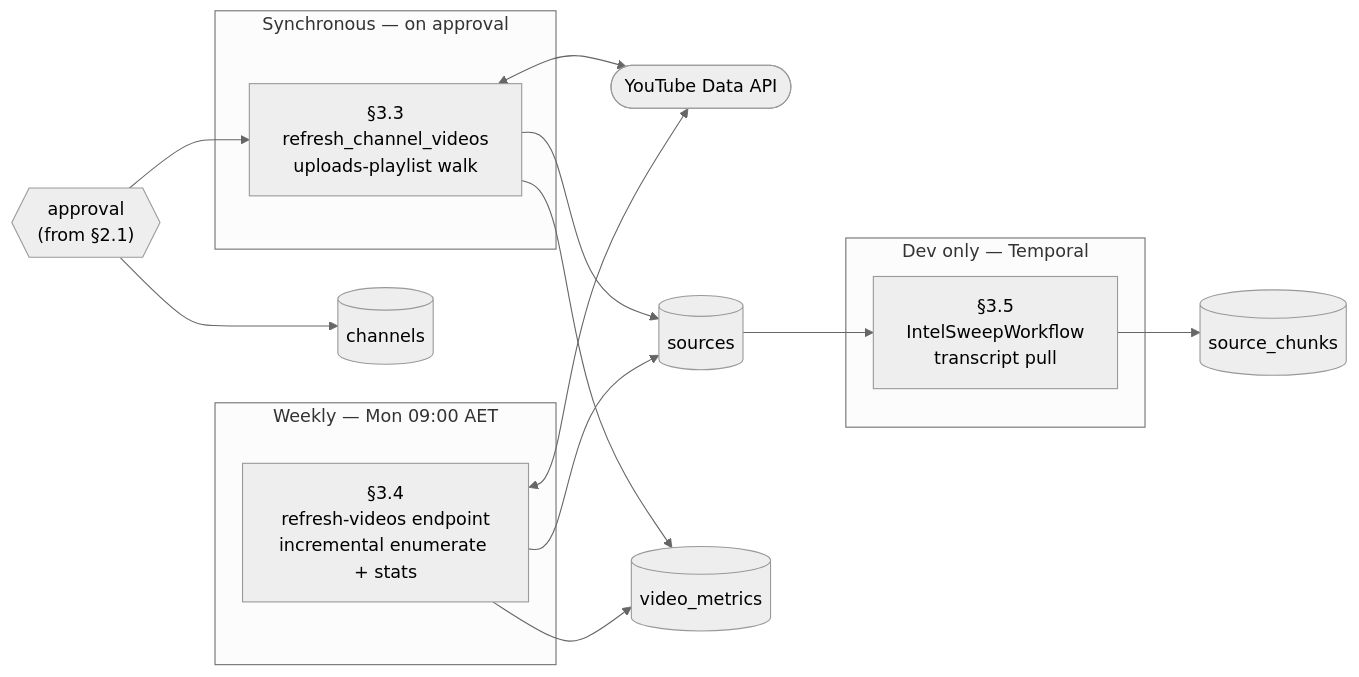
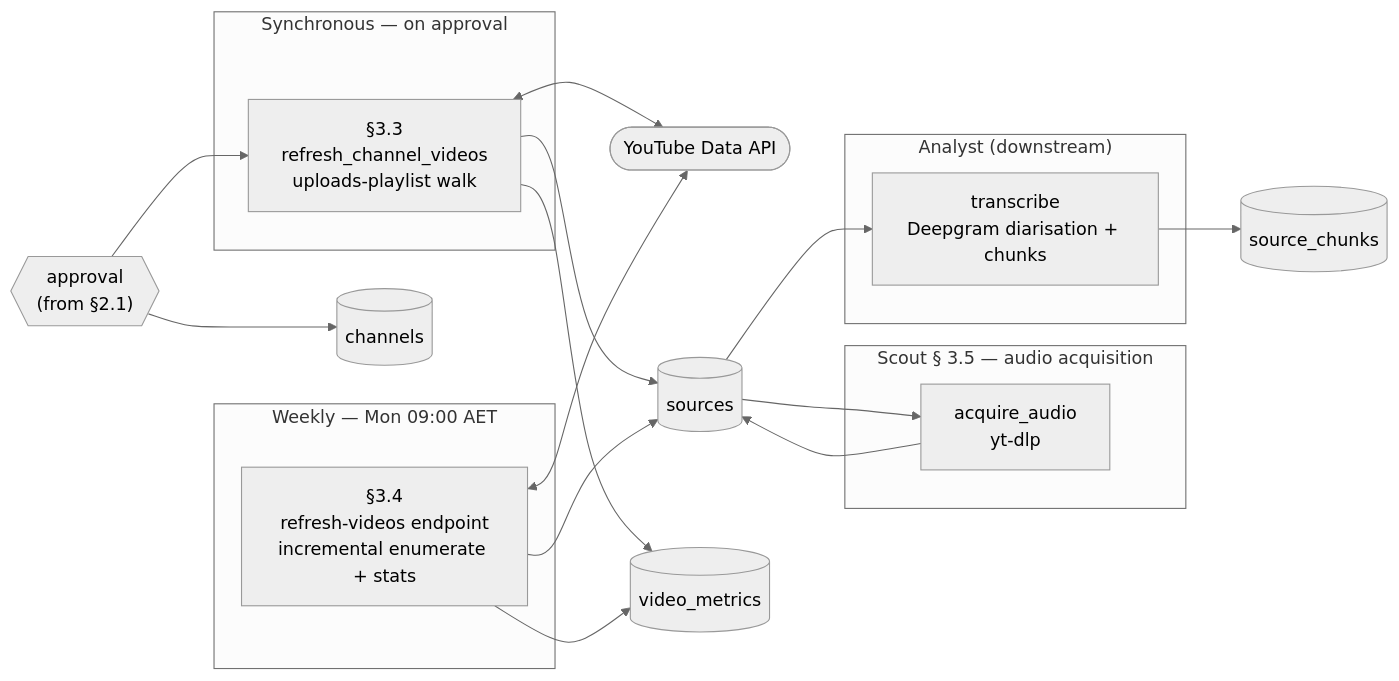
Before and after one commit to kristopherlopez/Jeromelu: the second of 2 diagrams in docs/agents/crew/scout.md, drawn with Mermaid (neutral theme). The commit also changed other lines of this file and 61 other files, not shown here.

First line of the commit message:
analyst: audio-first extraction + multi-modal speaker ID

````diff
--- a/docs/agents/crew/scout.md
+++ b/docs/agents/crew/scout.md
@@ -179,33 +179,38 @@
 ```mermaid
 flowchart LR
     Approve{{"approval<br/>(from §2.1)"}}
     YT(["YouTube Data API"])
 
     subgraph Sync["Synchronous — on approval"]
       Enum["§3.3<br/>refresh_channel_videos<br/>uploads-playlist walk"]
     end
 
     subgraph Weekly["Weekly — Mon 09:00 AET"]
       Refresh["§3.4<br/>refresh-videos endpoint<br/>incremental enumerate + stats"]
     end
 
-    subgraph Dev["Dev only — Temporal"]
-      Sweep["§3.5<br/>IntelSweepWorkflow<br/>transcript pull"]
+    subgraph AudioStep["Scout § 3.5 — audio acquisition"]
+      Sweep["acquire_audio<br/>yt-dlp"]
+    end
+    subgraph Trans["Analyst (downstream)"]
+      Tx["transcribe<br/>Deepgram diarisation + chunks"]
     end
 
     Channels[("channels")]
     Sources[("sources")]
     VM[("video_metrics")]
     Chunks[("source_chunks")]
 
     Approve --> Channels
     Approve --> Enum
     Enum  <--> YT
     Enum  --> Sources
     Enum  --> VM
     Refresh <--> YT
     Refresh --> Sources
     Refresh --> VM
     Sources --> Sweep
-    Sweep   --> Chunks
+    Sweep   --> Sources
+    Sources --> Tx
+    Tx      --> Chunks
 ```
````
